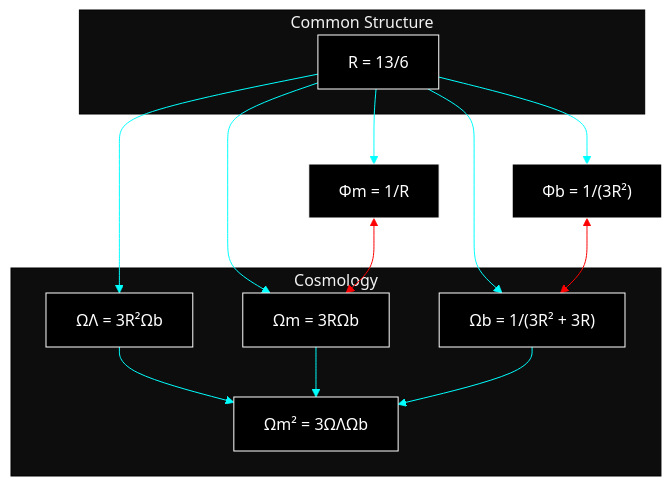
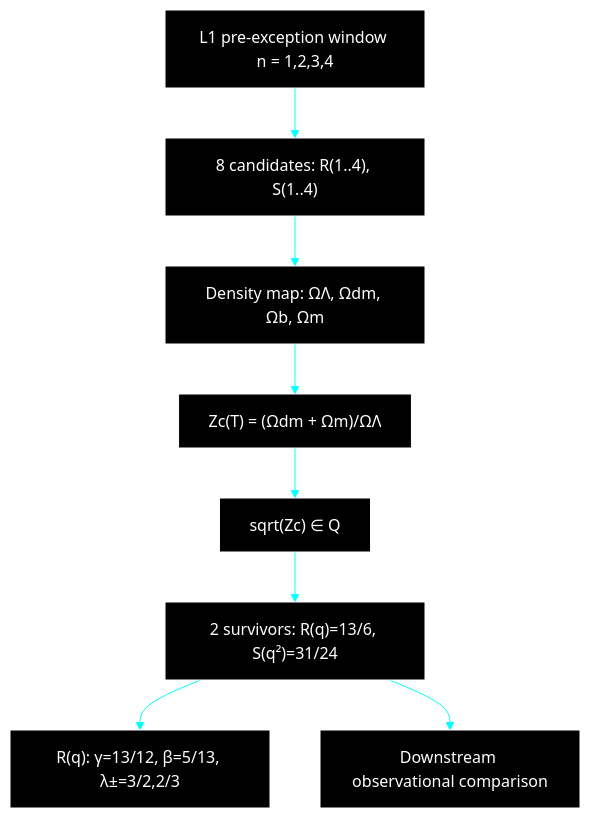
The second of 8 diagrams in README.md (yasuotanakaresearch/zero-parameter-structure), drawn with Mermaid before and after one commit. The commit also changed other lines of this file and 6 other files, not shown here.

Commit message:
docs(cosmology): update README and examples for Paper 1 v1.0 feat(cosmology): implement direct 8-to-2 L1 square-root closure feat(core): add general R(n) and S(n) structural maps

````diff
--- a/README.md
+++ b/README.md
@@ -470,38 +572,28 @@
 ```mermaid
 ---
 config:
   theme: 'base'
   themeVariables:
     primaryColor: '#000000'
     primaryTextColor: '#ffffff'
     primaryBorderColor: '#ffffff'
     lineColor: '#00ffff'
 ---
 flowchart TB
-    subgraph Common["Common Structure"]
-        R["R = 13/6"]
-    end
+    L1["L1 pre-exception window n = 1,2,3,4"]
+    U8["8 candidates: R(1..4), S(1..4)"]
+    Density["Density map: ΩΛ, Ωdm, Ωb, Ωm"]
+    Zc["Zc(T) = (Ωdm + Ωm)/ΩΛ"]
+    Closure["sqrt(Zc) ∈ Q"]
+    U2["2 survivors: R(q)=13/6, S(q²)=31/24"]
+    Lorentz["R(q): γ=13/12, β=5/13, λ±=3/2,2/3"]
+    Obs["Downstream observational comparison"]
 
-    Phi_m["Φm = 1/R"]
-    Phi_b["Φb = 1/(3R²)"]
-
-    subgraph Cosmology["Cosmology"]
-        Omage_L["ΩΛ = 3R²Ωb"]
-        Omage_m["Ωm = 3RΩb"]
-        Omage_b["Ωb = 1/(3R² + 3R)"]
-        Omage_m2["Ωm² = 3ΩΛΩb"]
-    end
-
-    R --> Phi_m
-    R --> Phi_b
-    R --> Omage_L
-    R --> Omage_m
-    R --> Omage_b
-    Omage_L --> Omage_m2
-    Omage_m --> Omage_m2
-    Omage_b --> Omage_m2
-    Phi_m <--> Omage_m
-    Phi_b <--> Omage_b
-
-    linkStyle 8,9 stroke:#FF0000
+    L1 --> U8
+    U8 --> Density
+    Density --> Zc
+    Zc --> Closure
+    Closure --> U2
+    U2 --> Lorentz
+    U2 --> Obs
 ```
````
